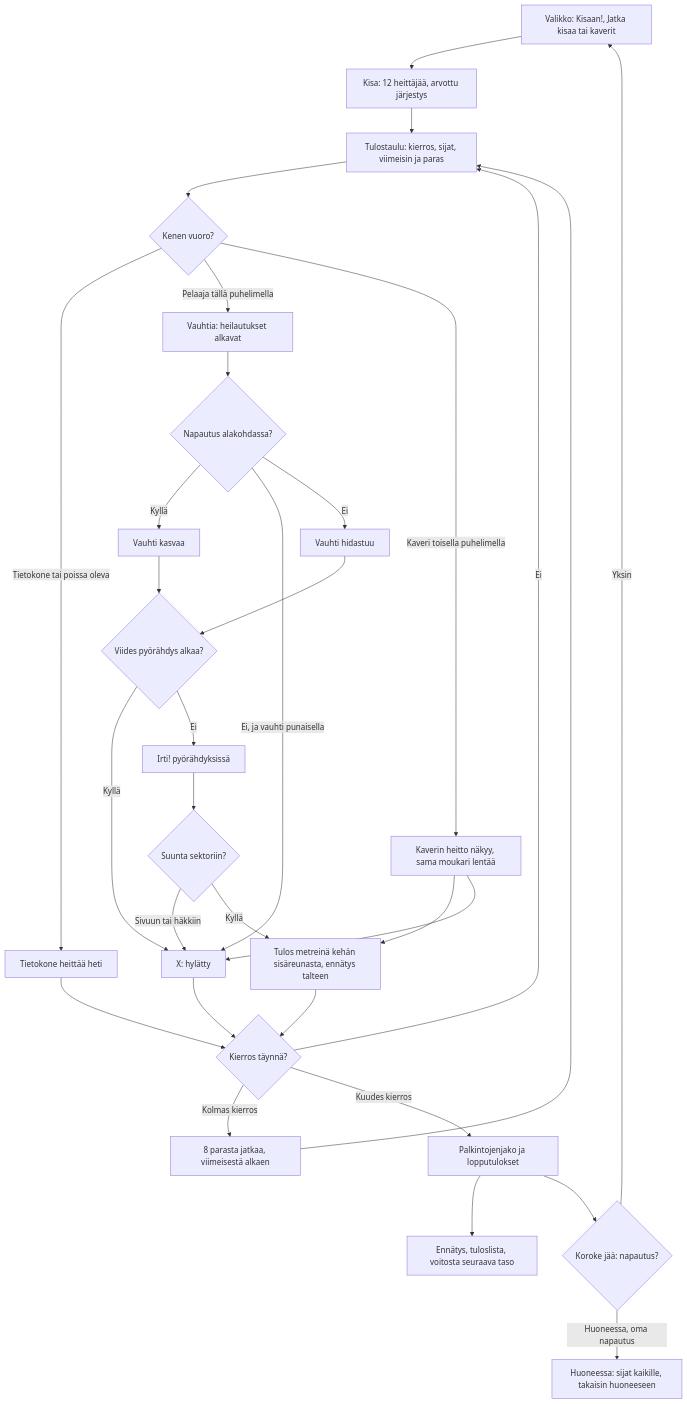
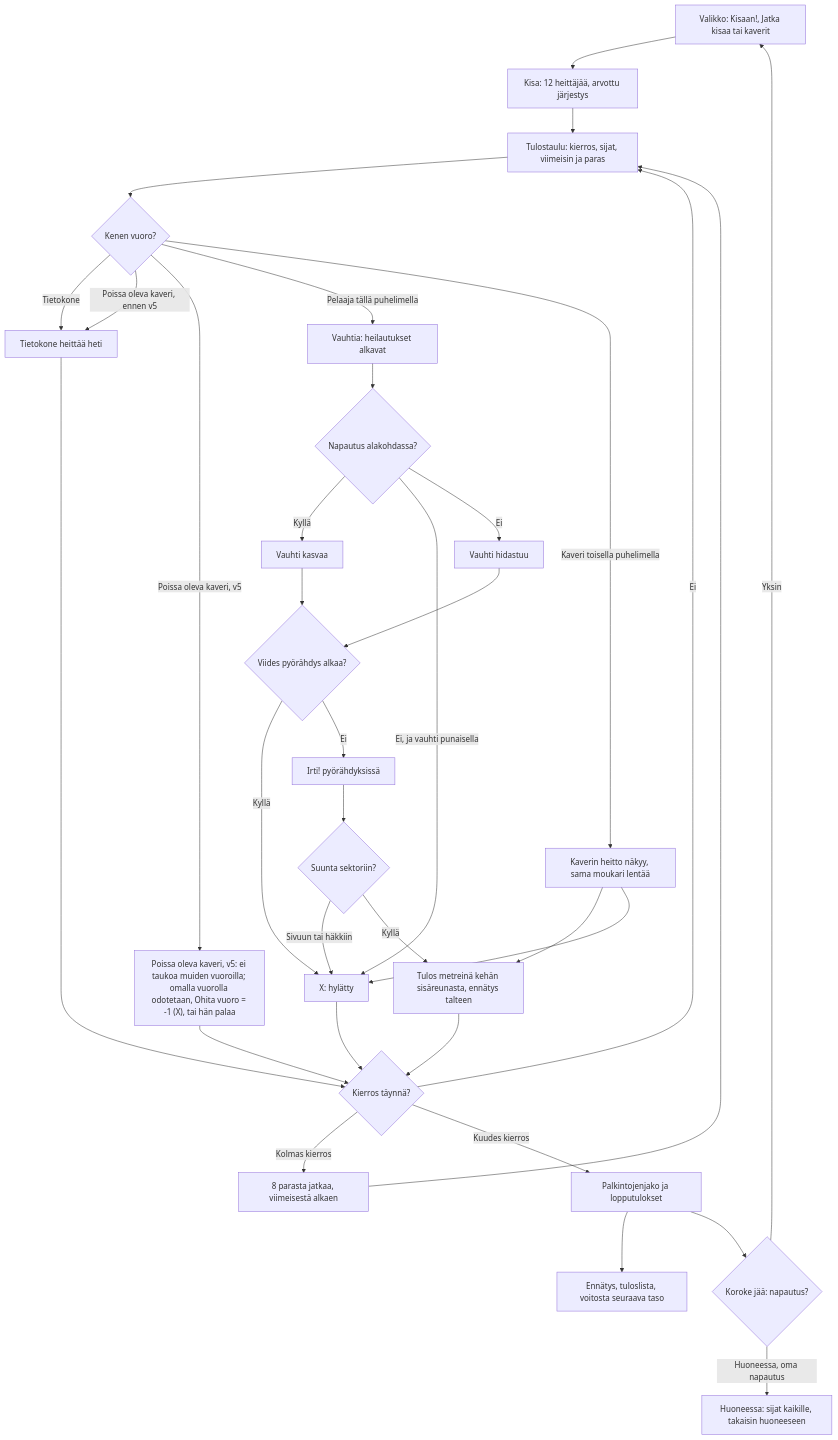
Before and after one commit to eerovil/ai-pelit: the diagram in docs/diagrams/moukarinheitto.md, drawn with Mermaid. The commit also changed other lines of this file and 6 other files, not shown here.

Commit message:
Event diagrams: an away friend waits for their turn, skipped as a miss, no computer (#297)

````diff
--- a/docs/diagrams/moukarinheitto.md
+++ b/docs/diagrams/moukarinheitto.md
@@ -16,39 +16,42 @@
 ```mermaid
 flowchart TD
   M[Valikko: Kisaan!, Jatka kisaa tai kaverit] --> K[Kisa: 12 heittäjää, arvottu järjestys]
   K --> T[Tulostaulu: kierros, sijat, viimeisin ja paras]
   T --> Q{Kenen vuoro?}
-  Q -- Tietokone tai poissa oleva --> CPU[Tietokone heittää heti]
+  Q -- Tietokone --> CPU[Tietokone heittää heti]
+  Q -- Poissa oleva kaveri, ennen v5 --> CPU
+  Q -- Poissa oleva kaveri, v5 --> AWAY["Poissa oleva kaveri, v5: ei taukoa muiden vuoroilla; omalla vuorolla odotetaan, Ohita vuoro = -1 (X), tai hän palaa"]
+  AWAY --> NX
   CPU --> NX
   Q -- Pelaaja tällä puhelimella --> S[Vauhtia: heilautukset alkavat]
   Q -- Kaveri toisella puhelimella --> WT[Kaverin heitto näkyy, sama moukari lentää]
   S --> LP{Napautus alakohdassa?}
   LP -- Kyllä --> UP[Vauhti kasvaa]
   LP -- Ei, ja vauhti punaisella --> X[X: hylätty]
   LP -- Ei --> DN[Vauhti hidastuu]
   UP --> N5{Viides pyörähdys alkaa?}
   DN --> N5
   N5 -- Kyllä --> X
   N5 -- Ei --> I[Irti! pyörähdyksissä]
   I --> SEC{Suunta sektoriin?}
   SEC -- Sivuun tai häkkiin --> X
   SEC -- Kyllä --> D[Tulos metreinä kehän sisäreunasta, ennätys talteen]
   WT --> D
   WT --> X
   D --> NX{Kierros täynnä?}
   X --> NX
   NX -- Ei --> T
   NX -- Kolmas kierros --> CUT[8 parasta jatkaa, viimeisestä alkaen]
   NX -- Kuudes kierros --> END[Palkintojenjako ja lopputulokset]
   CUT --> T
   END --> SV[Ennätys, tuloslista, voitosta seuraava taso]
   END --> TAP{Koroke jää: napautus?}
   TAP -- Yksin --> M
   TAP -- Huoneessa, oma napautus --> RM[Huoneessa: sijat kaikille, takaisin huoneeseen]
   class M,S,I,T,UP,DN blue
-  class CPU,WT violet
+  class CPU,WT,AWAY violet
   class Q,LP,N5,SEC,NX,TAP amber
   class K,D,CUT teal
   class X rose
   class END,SV,RM green
 ```
````
